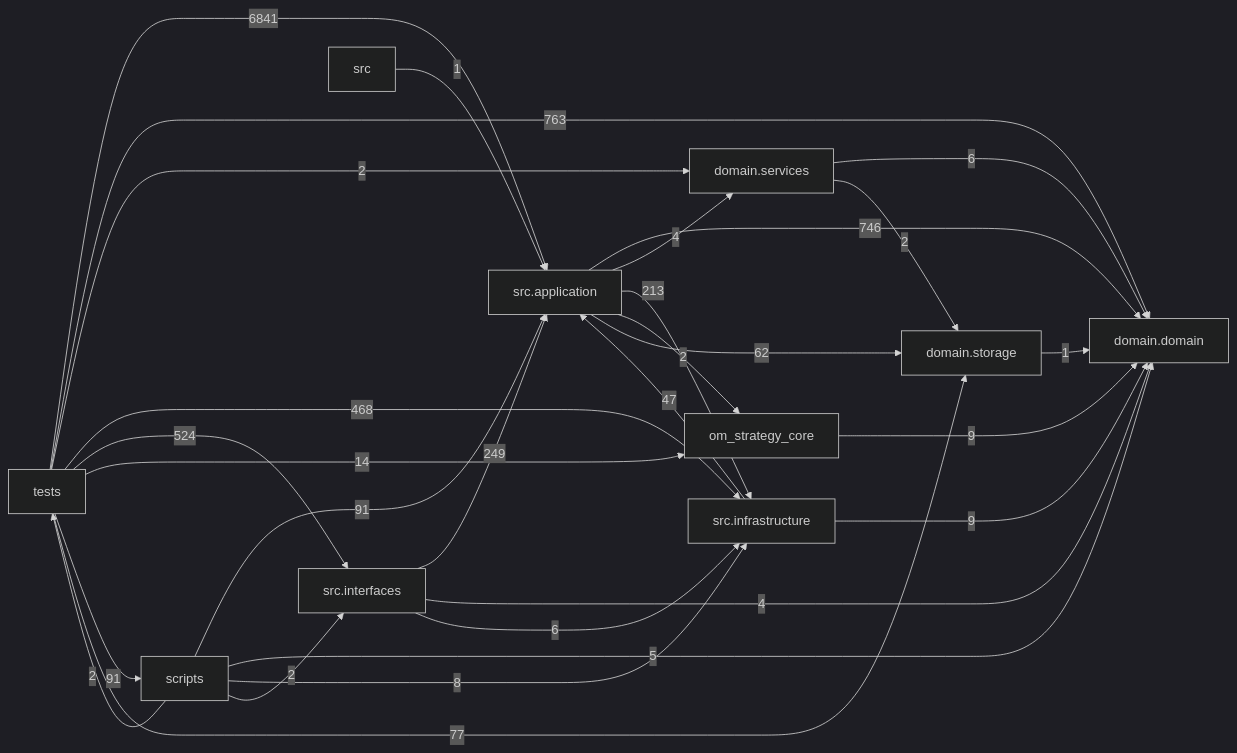
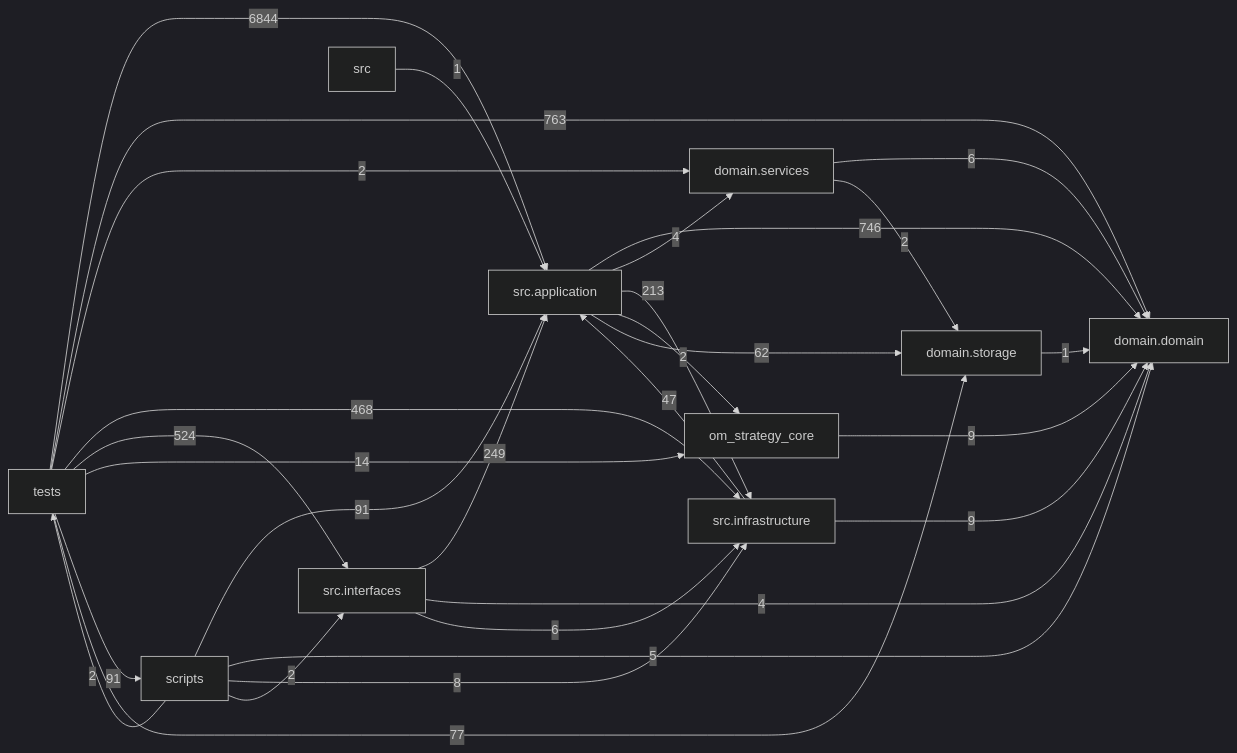
One commit to liuxie066/options-monitor changed the diagram in docs/DEPENDENCY_GRAPH.md. Above: the diagram before and after it, drawn with Mermaid (dark theme). The commit also changed other lines of this file and 2 other files, not shown here.

````diff
--- a/docs/DEPENDENCY_GRAPH.md
+++ b/docs/DEPENDENCY_GRAPH.md
@@ -24,39 +24,39 @@
 ```mermaid
 flowchart LR
   tests["tests"]
   scripts["scripts"]
   interfaces["src.interfaces"]
   application["src.application"]
   infrastructure["src.infrastructure"]
   domain_services["domain.services"]
   domain["domain.domain"]
   storage["domain.storage"]
   application -->|746| domain
   application -->|4| domain_services
   application -->|213| infrastructure
   application -->|2| om_strategy_core
   application -->|62| storage
   domain_services -->|6| domain
   domain_services -->|2| storage
   infrastructure -->|47| application
   infrastructure -->|9| domain
   interfaces -->|249| application
   interfaces -->|4| domain
   interfaces -->|6| infrastructure
   om_strategy_core -->|9| domain
   scripts -->|91| application
   scripts -->|5| domain
   scripts -->|8| infrastructure
   scripts -->|2| interfaces
   scripts -->|2| tests
   src -->|1| application
   storage -->|1| domain
-  tests -->|6841| application
+  tests -->|6844| application
   tests -->|763| domain
   tests -->|2| domain_services
   tests -->|468| infrastructure
   tests -->|524| interfaces
   tests -->|14| om_strategy_core
   tests -->|91| scripts
   tests -->|77| storage
 ```
````
